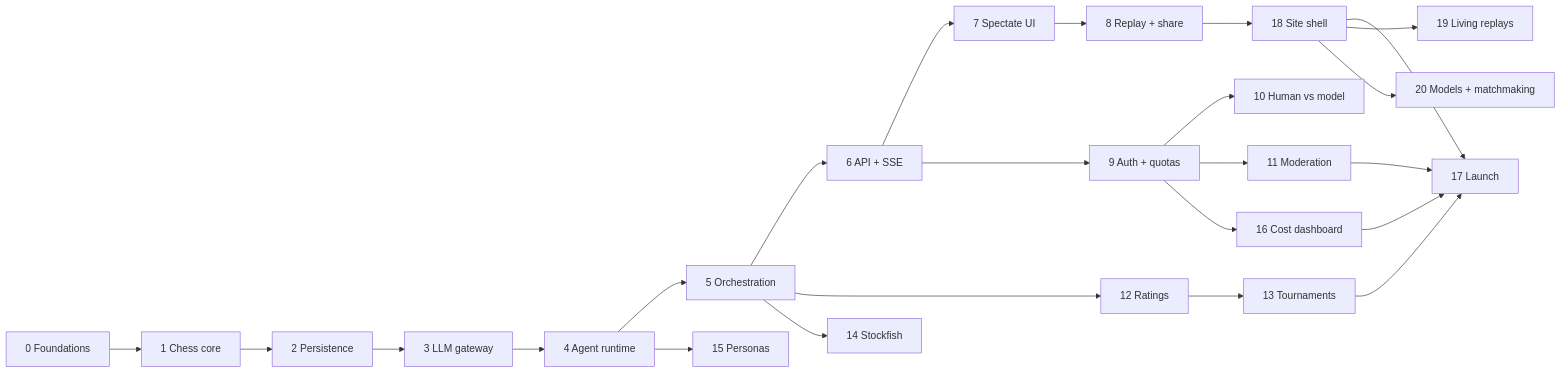
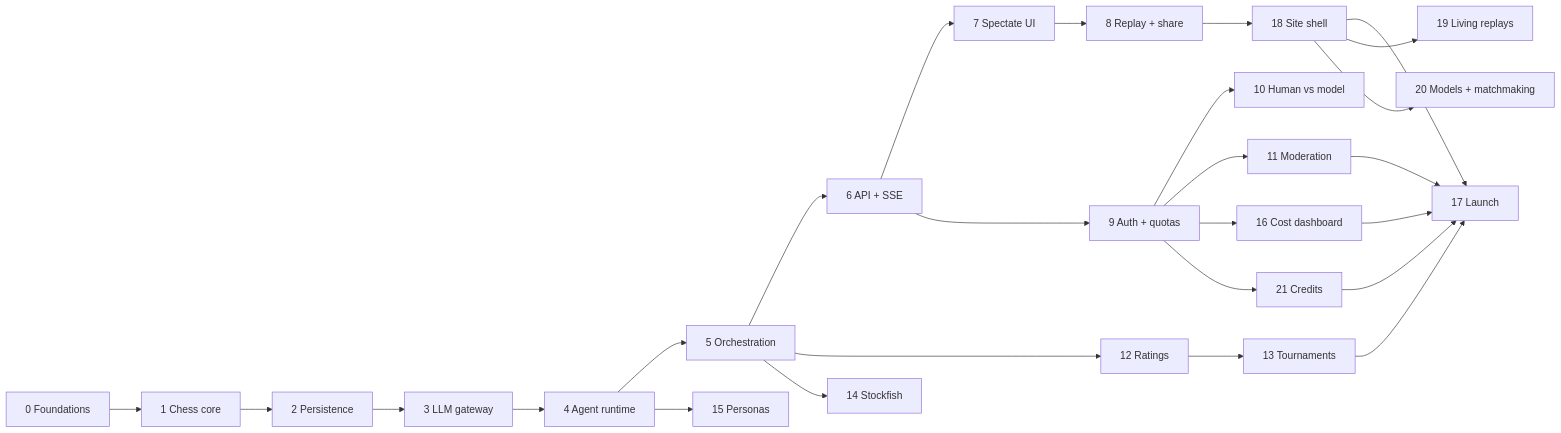
One commit to ahmedsaed/chessmark changed the diagram in docs/ROADMAP.md. Above: the diagram before and after it, drawn with Mermaid. The commit also changed other lines of this file and 1 other file, not shown here.

First line of the commit message:
docs(roadmap): record Phase 21 — credits

````diff
--- a/docs/ROADMAP.md
+++ b/docs/ROADMAP.md
@@ -21,26 +21,28 @@
 ```mermaid
 flowchart LR
     P0[0 Foundations] --> P1[1 Chess core]
     P1 --> P2[2 Persistence]
     P2 --> P3[3 LLM gateway]
     P3 --> P4[4 Agent runtime]
     P4 --> P5[5 Orchestration]
     P5 --> P6[6 API + SSE]
     P6 --> P7[7 Spectate UI]
     P7 --> P8[8 Replay + share]
     P6 --> P9[9 Auth + quotas]
     P9 --> P10[10 Human vs model]
     P9 --> P11[11 Moderation]
     P5 --> P12[12 Ratings]
     P12 --> P13[13 Tournaments]
     P5 --> P14[14 Stockfish]
     P4 --> P15[15 Personas]
     P9 --> P16[16 Cost dashboard]
     P8 --> P18[18 Site shell]
     P18 --> P17[17 Launch]
     P18 --> P19[19 Living replays]
     P18 --> P20[20 Models + matchmaking]
+    P9 --> P21[21 Credits]
+    P21 --> P17
     P11 --> P17
     P13 --> P17
     P16 --> P17
 ```
````
